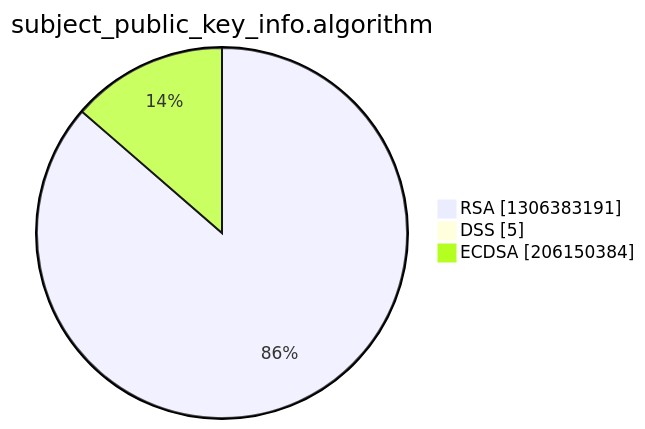
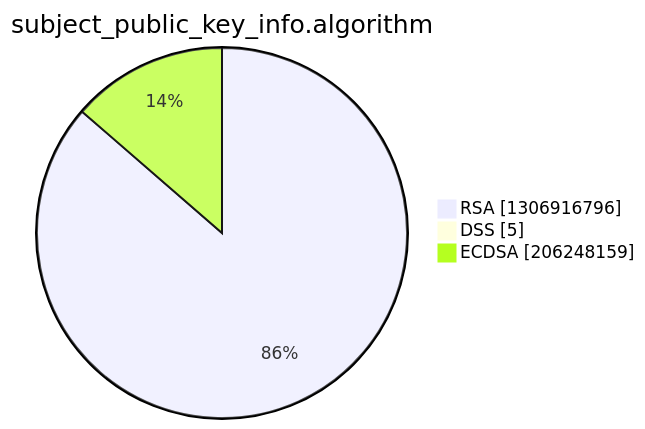
One commit to christiankrug/ctmonitor_visualization changed the third of 15 diagrams in argon2022/README.md. Above: the diagram before and after it, drawn with Mermaid. The commit also changed other lines of this file, not shown here.

````diff
--- a/argon2022/README.md
+++ b/argon2022/README.md
@@ -14,7 +14,7 @@
 ```mermaid
 pie showData
 title subject_public_key_info.algorithm
-"RSA" :1306383191
+"RSA" :1306916796
 "DSS" :5
-"ECDSA" :206150384
+"ECDSA" :206248159
 ```
````
